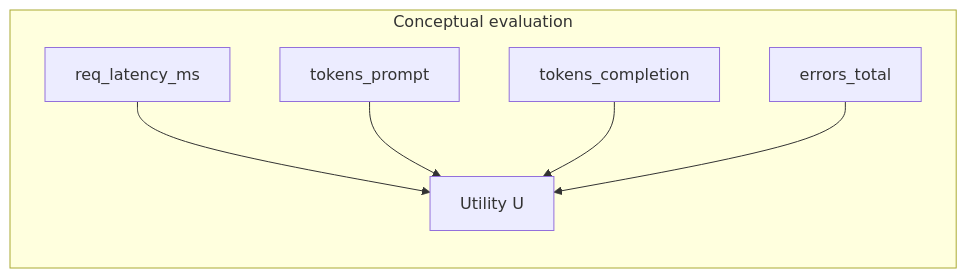
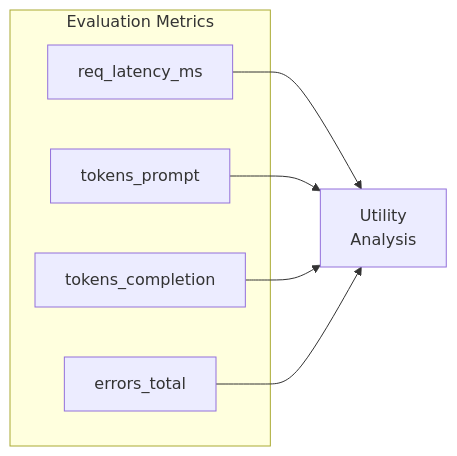
Before and after one commit to mustafaras/Synapse_IDE_PSYCHIATRY: diagram 16 of 16 in README.md, drawn with Mermaid. The commit also changed other lines of this file, not shown here.

````diff
--- a/README.md
+++ b/README.md
@@ -1144,9 +1144,13 @@
 ```mermaid
 flowchart LR
-  subgraph Metrics[Conceptual evaluation]
-    m1[req_latency_ms] --> U[Utility U]
-    m2[tokens_prompt] --> U
-    m3[tokens_completion] --> U
-    m4[errors_total] --> U
+  subgraph Metrics["Evaluation Metrics"]
+    m1["req_latency_ms"]
+    m2["tokens_prompt"]
+    m3["tokens_completion"]
+    m4["errors_total"]
   end
+  m1 --> U["Utility<br/>Analysis"]
+  m2 --> U
+  m3 --> U
+  m4 --> U
 ```
````
